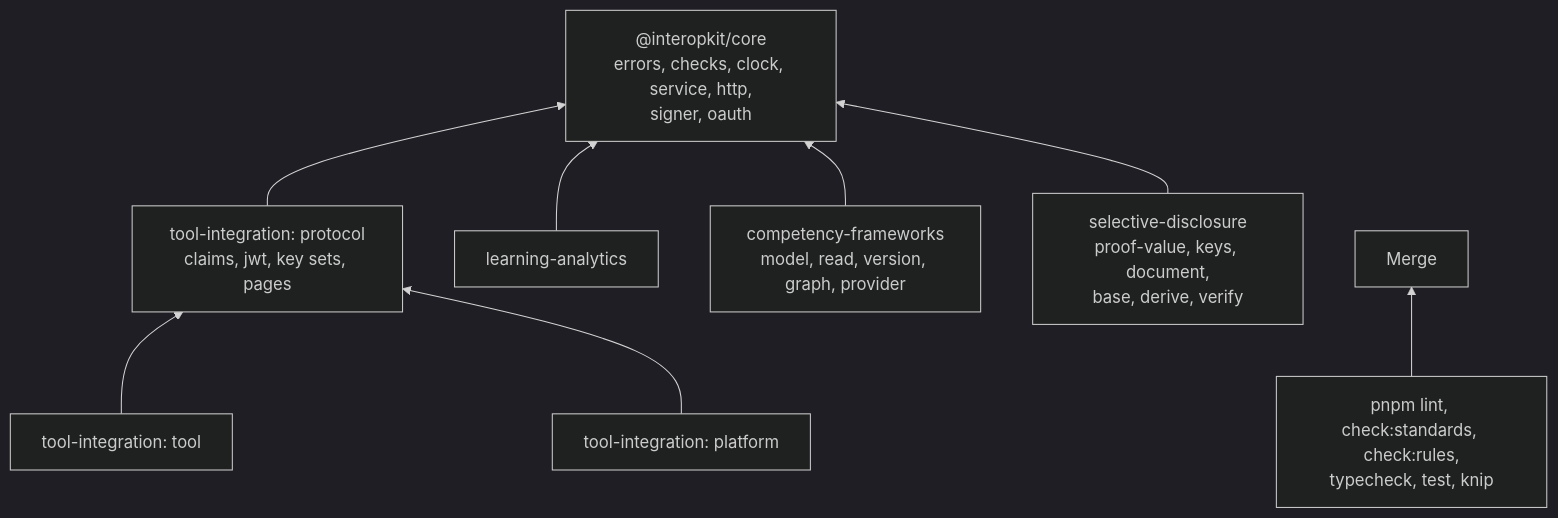
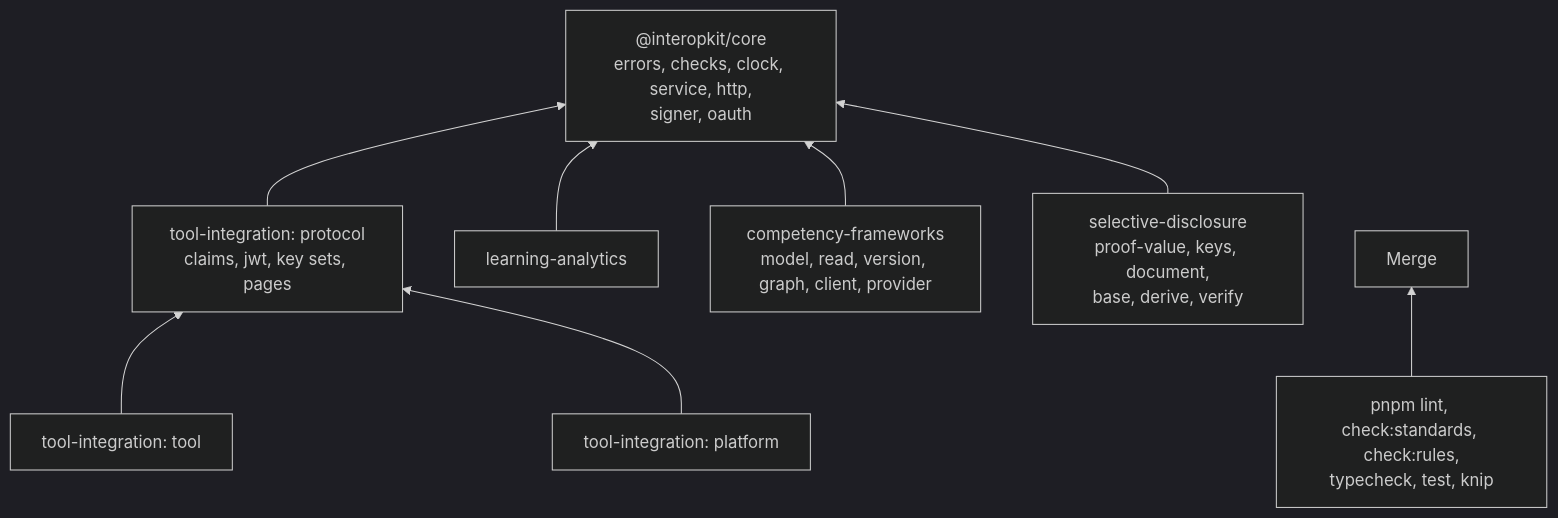
Before and after one commit to interopkit/interopkit: the diagram in AGENTS.md, drawn with Mermaid (dark theme). The commit also changed other lines of this file and 43 other files, not shown here.

````diff
--- a/AGENTS.md
+++ b/AGENTS.md
@@ -13,17 +13,17 @@
 ```mermaid
 flowchart BT
   core["@interopkit/core<br/>errors, checks, clock, service, http,<br/>signer, oauth"]
   proto["tool-integration: protocol<br/>claims, jwt, key sets, pages"]
   tool["tool-integration: tool"]
   plat["tool-integration: platform"]
   la["learning-analytics"]
-  cf["competency-frameworks<br/>model, read, version, graph, provider"]
+  cf["competency-frameworks<br/>model, read, version, graph, client, provider"]
   sd["selective-disclosure<br/>proof-value, keys, document,<br/>base, derive, verify"]
   proto --> core
   tool --> proto
   plat --> proto
   la --> core
   cf --> core
   sd --> core
   gates["pnpm lint, check:standards, check:rules,<br/>typecheck, test, knip"] --> merge["Merge"]
 ```
````
